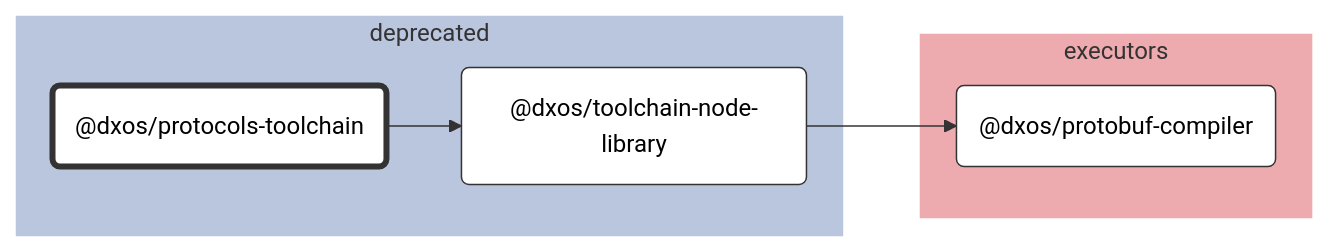
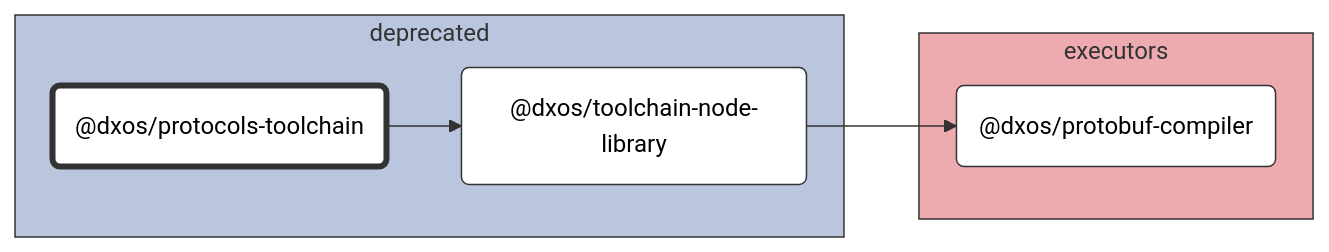
The diagram in tools/deprecated/protocols-toolchain/docs/README.md (dxos/dxos), drawn with Mermaid (neutral theme) before and after one commit. The commit also changed 89 other files, not shown here.

````diff
--- a/tools/deprecated/protocols-toolchain/docs/README.md
+++ b/tools/deprecated/protocols-toolchain/docs/README.md
@@ -7,30 +7,30 @@
 ```mermaid
 %%{ init: {'flowchart':{'curve':'basis'}} }%%
 
 flowchart LR
 
 %% Classes
 classDef def fill:#fff,stroke:#333,stroke-width:1px
 classDef root fill:#fff,stroke:#333,stroke-width:4px
 
 %% Nodes
 
 subgraph deprecated [deprecated]
-  style deprecated fill:#bac5de,stroke:#fff
+  style deprecated fill:#bac5de,stroke:#333
   dxos/protocols-toolchain("@dxos/protocols-toolchain"):::root
   click dxos/protocols-toolchain "dxos/dxos/tree/main/tools/deprecated/protocols-toolchain/docs"
   dxos/toolchain-node-library("@dxos/toolchain-node-library"):::def
   click dxos/toolchain-node-library "dxos/dxos/tree/main/tools/deprecated/toolchain-node-library/docs"
 end
 
 subgraph executors [executors]
-  style executors fill:#edabb0,stroke:#fff
+  style executors fill:#edabb0,stroke:#333
   dxos/protobuf-compiler("@dxos/protobuf-compiler"):::def
   click dxos/protobuf-compiler "dxos/dxos/tree/main/tools/executors/protobuf-compiler/docs"
 end
 
 %% Links
 linkStyle default stroke:#333,stroke-width:1px
 dxos/protocols-toolchain --> dxos/toolchain-node-library
 dxos/toolchain-node-library --> dxos/protobuf-compiler
 ```
````
